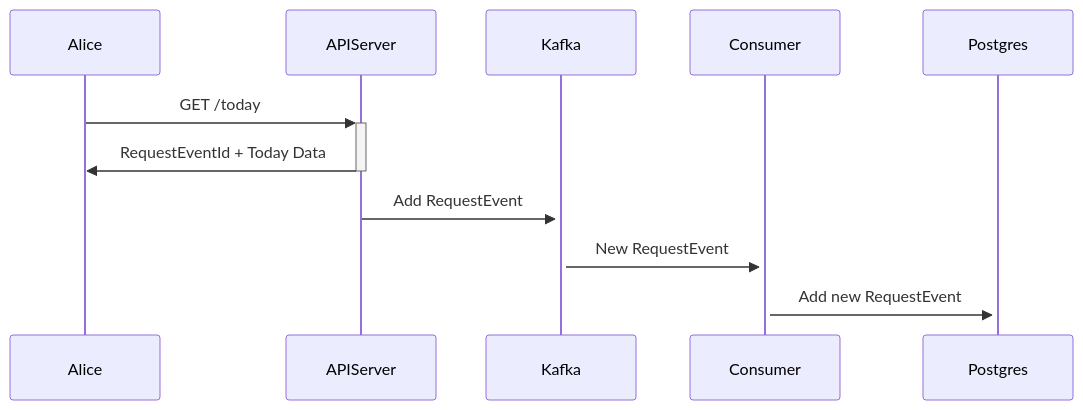
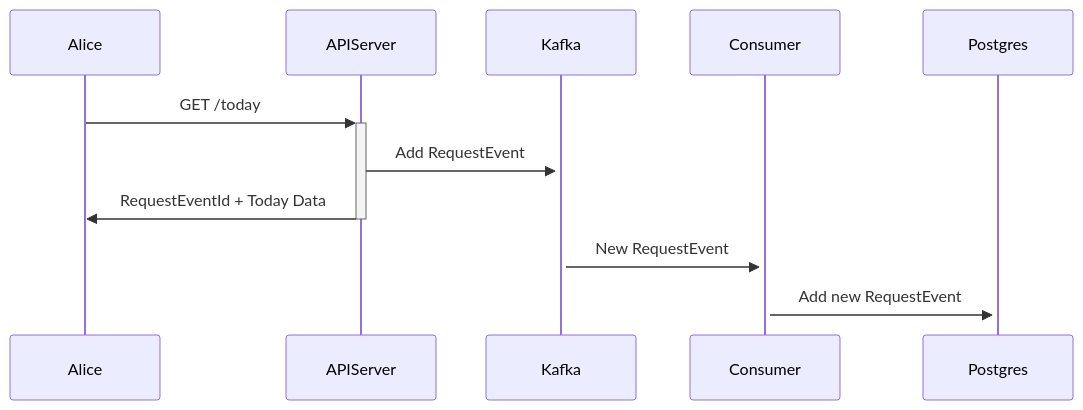
The first of 2 diagrams in README.md (vanng822/ramlich), drawn with Mermaid before and after one commit. The commit also changed other lines of this file, not shown here.

Commit message:
Drop kafka event before response

````diff
--- a/README.md
+++ b/README.md
@@ -8,8 +8,8 @@
 ```mermaid
 sequenceDiagram
     Alice->>+APIServer: GET /today
+    APIServer->>+Kafka: Add RequestEvent
     APIServer->>-Alice: RequestEventId + Today Data
-    APIServer->>+Kafka: Add RequestEvent
     Kafka->>+Consumer: New RequestEvent
     Consumer->>+Postgres: Add new RequestEvent
 ```
````
